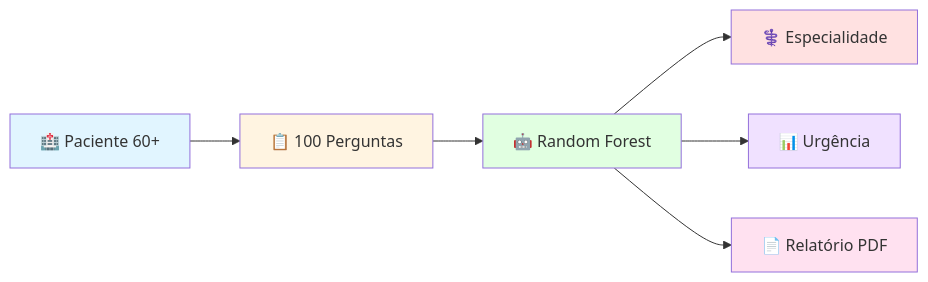
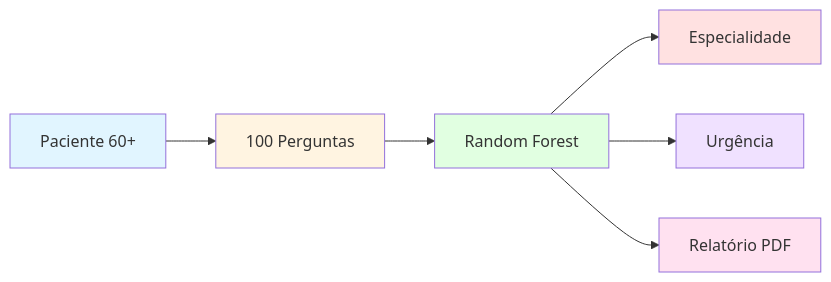
The second of 6 diagrams in README.md (Eduardodanield/Conecta_60Plus), drawn with Mermaid before and after one commit. The commit also changed other lines of this file, not shown here.

````diff
--- a/README.md
+++ b/README.md
@@ -179,15 +179,15 @@
 ```mermaid
 graph LR
-    A[🏥 Paciente 60+] --> B[📋 100 Perguntas]
-    B --> C[🤖 Random Forest]
-    C --> D[⚕️ Especialidade]
-    C --> E[📊 Urgência]
-    C --> F[📄 Relatório PDF]
+    A[ Paciente 60+] --> B[ 100 Perguntas]
+    B --> C[ Random Forest]
+    C --> D[ Especialidade]
+    C --> E[ Urgência]
+    C --> F[ Relatório PDF]
     
     style A fill:#e1f5ff
     style B fill:#fff4e1
     style C fill:#e1ffe1
     style D fill:#ffe1e1
     style E fill:#f0e1ff
     style F fill:#ffe1f0
 ```
````
